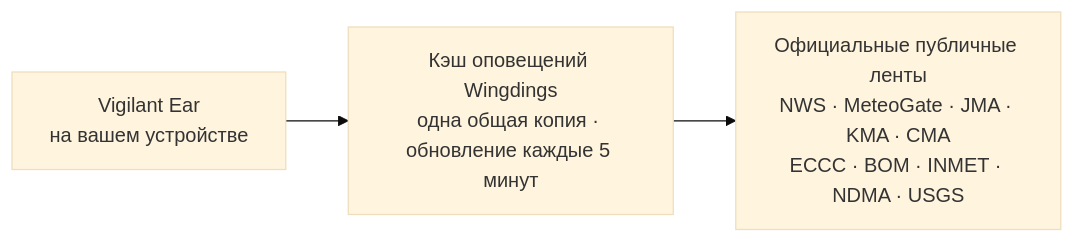
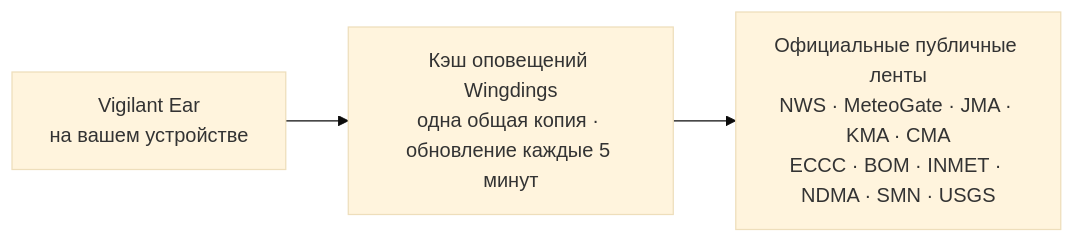
The fourth of 4 diagrams in README_ru.md (rpalm01-star/VigilantEarLegal), drawn with Mermaid (base theme) before and after one commit. The commit also changed other lines of this file and 44 other files, not shown here.

````diff
--- a/README_ru.md
+++ b/README_ru.md
@@ -171,5 +171,5 @@
 ```mermaid
 graph LR
     P1["Vigilant Ear<br/>на вашем устройстве"] --> W["Кэш оповещений Wingdings<br/>одна общая копия · обновление каждые 5 минут"]
-    W --> N["Официальные публичные ленты<br/>NWS · MeteoGate · JMA · KMA · CMA<br/>ECCC · BOM · INMET · NDMA · USGS"]
+    W --> N["Официальные публичные ленты<br/>NWS · MeteoGate · JMA · KMA · CMA<br/>ECCC · BOM · INMET · NDMA · SMN · USGS"]
 ```
````
